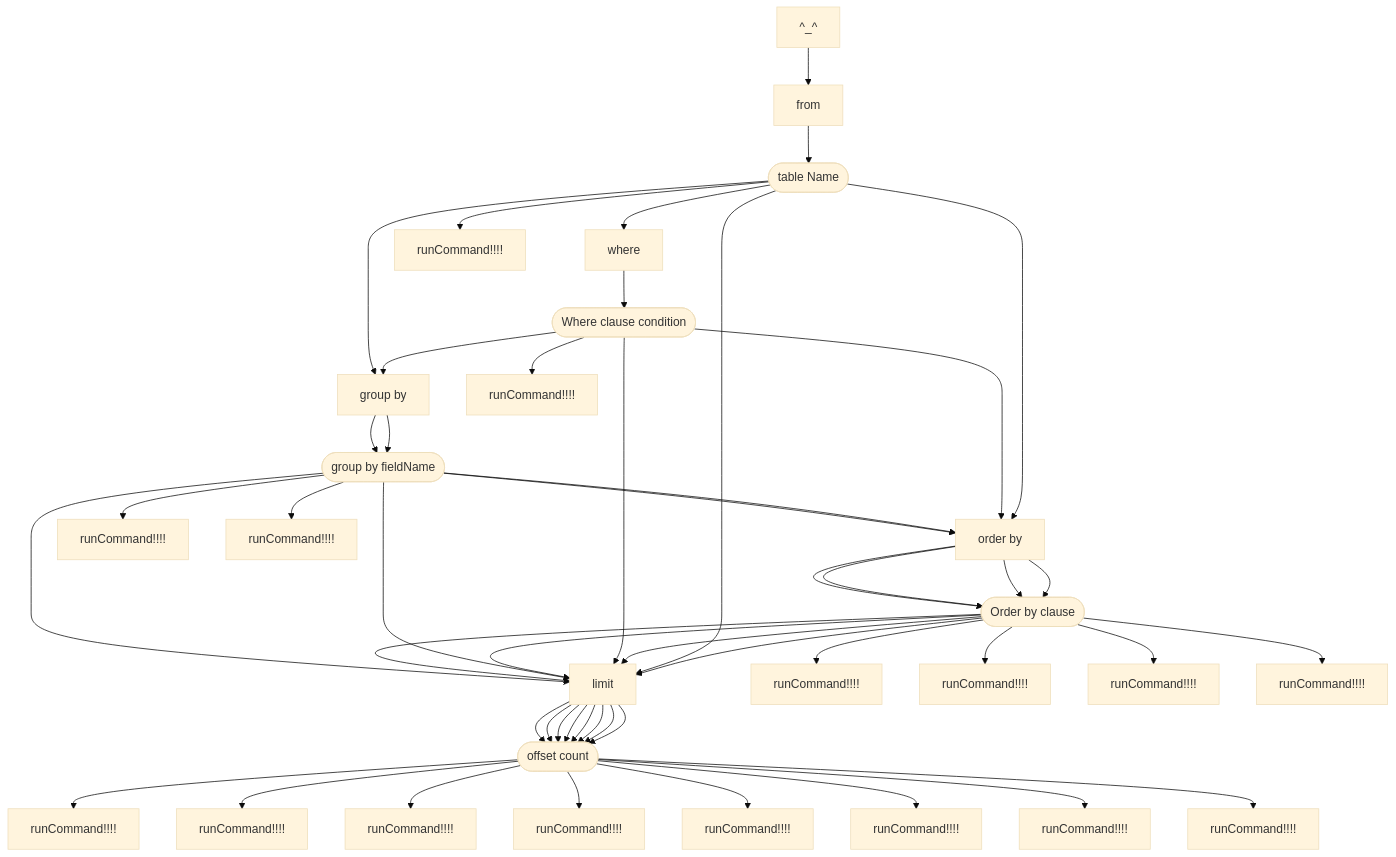
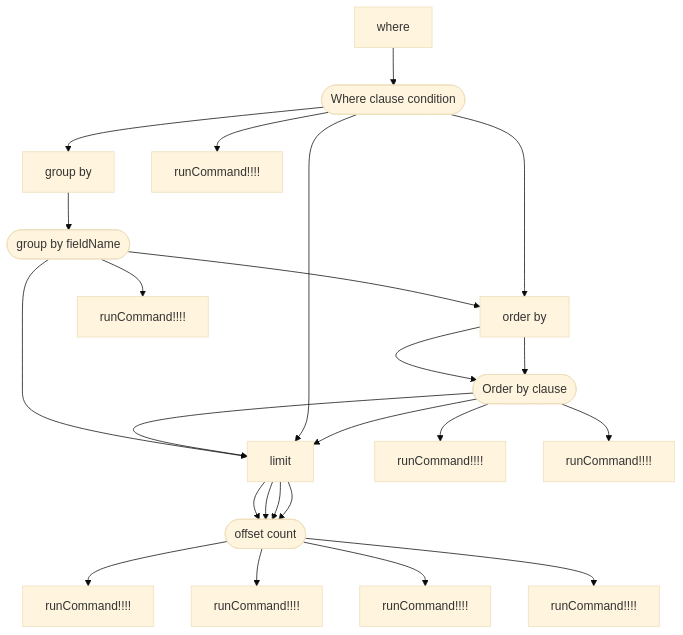
The diagram in Test.md (BeardedManZhao/Gravel-Grammar), drawn with Mermaid (base theme) before and after one commit. The commit also changed 6 other files, not shown here.

````diff
--- a/Test.md
+++ b/Test.md
@@ -1,52 +1,27 @@
 ```mermaid
 graph BR
-1.504109395E9[^_^] --> 1.025799482E9[from]
-1.025799482E9[from] --> 3.98887205E8[^_^]
-3.98887205E8[^_^] --> 9.68514068E8[order by]
-9.68514068E8[order by] --> 9.20011586E8[^_^]
-9.20011586E8[^_^] --> 1.06083084E9[limit]
-1.06083084E9[limit] --> 1.9138215E8[^_^]
-1.9138215E8([offset count]) --> 0.9243211251005466[runCommand!!!!]
-9.20011586E8([Order by clause]) --> 0.06365561893621874[runCommand!!!!]
-3.98887205E8[^_^] --> 1.06083084E9[limit]
-1.06083084E9[limit] --> 1.9138215E8[^_^]
-1.9138215E8([offset count]) --> 0.30874954641330543[runCommand!!!!]
-3.98887205E8[^_^] --> 2.114889273E9[where]
-2.114889273E9[where] --> 1.468177767E9[^_^]
-1.468177767E9[^_^] --> 9.68514068E8[order by]
-9.68514068E8[order by] --> 9.20011586E8[^_^]
-9.20011586E8[^_^] --> 1.06083084E9[limit]
-1.06083084E9[limit] --> 1.9138215E8[^_^]
-1.9138215E8([offset count]) --> 0.3114437179351619[runCommand!!!!]
-9.20011586E8([Order by clause]) --> 0.4433237412586828[runCommand!!!!]
-1.468177767E9[^_^] --> 1.06083084E9[limit]
-1.06083084E9[limit] --> 1.9138215E8[^_^]
-1.9138215E8([offset count]) --> 0.8945929640975188[runCommand!!!!]
-1.468177767E9[^_^] --> 8.1840387E8[group by]
-8.1840387E8[group by] --> 8.73415566E8[^_^]
-8.73415566E8[^_^] --> 9.68514068E8[order by]
-9.68514068E8[order by] --> 9.20011586E8[^_^]
-9.20011586E8[^_^] --> 1.06083084E9[limit]
-1.06083084E9[limit] --> 1.9138215E8[^_^]
-1.9138215E8([offset count]) --> 0.9748091554547981[runCommand!!!!]
-9.20011586E8([Order by clause]) --> 0.6043161475706963[runCommand!!!!]
-8.73415566E8[^_^] --> 1.06083084E9[limit]
-1.06083084E9[limit] --> 1.9138215E8[^_^]
-1.9138215E8([offset count]) --> 0.2905134391097378[runCommand!!!!]
-8.73415566E8([group by fieldName]) --> 0.6325234528165031[runCommand!!!!]
-1.468177767E9([Where clause condition]) --> 0.43649949876056415[runCommand!!!!]
-3.98887205E8[^_^] --> 8.1840387E8[group by]
-8.1840387E8[group by] --> 8.73415566E8[^_^]
-8.73415566E8[^_^] --> 9.68514068E8[order by]
-9.68514068E8[order by] --> 9.20011586E8[^_^]
-9.20011586E8[^_^] --> 1.06083084E9[limit]
-1.06083084E9[limit] --> 1.9138215E8[^_^]
-1.9138215E8([offset count]) --> 0.209542348343146[runCommand!!!!]
-9.20011586E8([Order by clause]) --> 0.6000846139994046[runCommand!!!!]
-8.73415566E8[^_^] --> 1.06083084E9[limit]
-1.06083084E9[limit] --> 1.9138215E8[^_^]
-1.9138215E8([offset count]) --> 0.15716471712466173[runCommand!!!!]
-8.73415566E8([group by fieldName]) --> 0.7830938815758041[runCommand!!!!]
-3.98887205E8([table Name]) --> 0.3966312820590199[runCommand!!!!]
+1.504109395E9[where] --> 3.98887205E8[^_^]
+3.98887205E8[^_^] --> 8.73415566E8[order by]
+8.73415566E8[order by] --> 1.360767589E9[^_^]
+1.360767589E9[^_^] --> 9.20011586E8[limit]
+9.20011586E8[limit] --> 1.06083084E9[^_^]
+1.06083084E9([offset count]) --> 0.4963339053446324[runCommand!!!!]
+1.360767589E9([Order by clause]) --> 0.25697130402209956[runCommand!!!!]
+3.98887205E8[^_^] --> 9.20011586E8[limit]
+9.20011586E8[limit] --> 1.06083084E9[^_^]
+1.06083084E9([offset count]) --> 0.28165226879176386[runCommand!!!!]
+3.98887205E8[^_^] --> 1.468177767E9[group by]
+1.468177767E9[group by] --> 1.531333864E9[^_^]
+1.531333864E9[^_^] --> 8.73415566E8[order by]
+8.73415566E8[order by] --> 1.360767589E9[^_^]
+1.360767589E9[^_^] --> 9.20011586E8[limit]
+9.20011586E8[limit] --> 1.06083084E9[^_^]
+1.06083084E9([offset count]) --> 0.9835579628411513[runCommand!!!!]
+1.360767589E9([Order by clause]) --> 0.8130567962037439[runCommand!!!!]
+1.531333864E9[^_^] --> 9.20011586E8[limit]
+9.20011586E8[limit] --> 1.06083084E9[^_^]
+1.06083084E9([offset count]) --> 0.528578419992373[runCommand!!!!]
+1.531333864E9([group by fieldName]) --> 0.8635107697696894[runCommand!!!!]
+3.98887205E8([Where clause condition]) --> 0.5916920916856211[runCommand!!!!]
 
 ```
````
